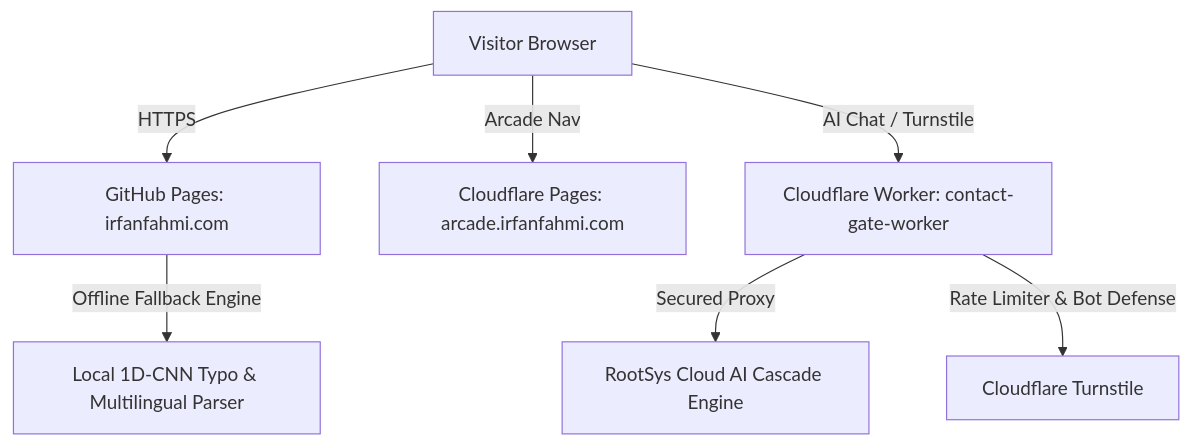
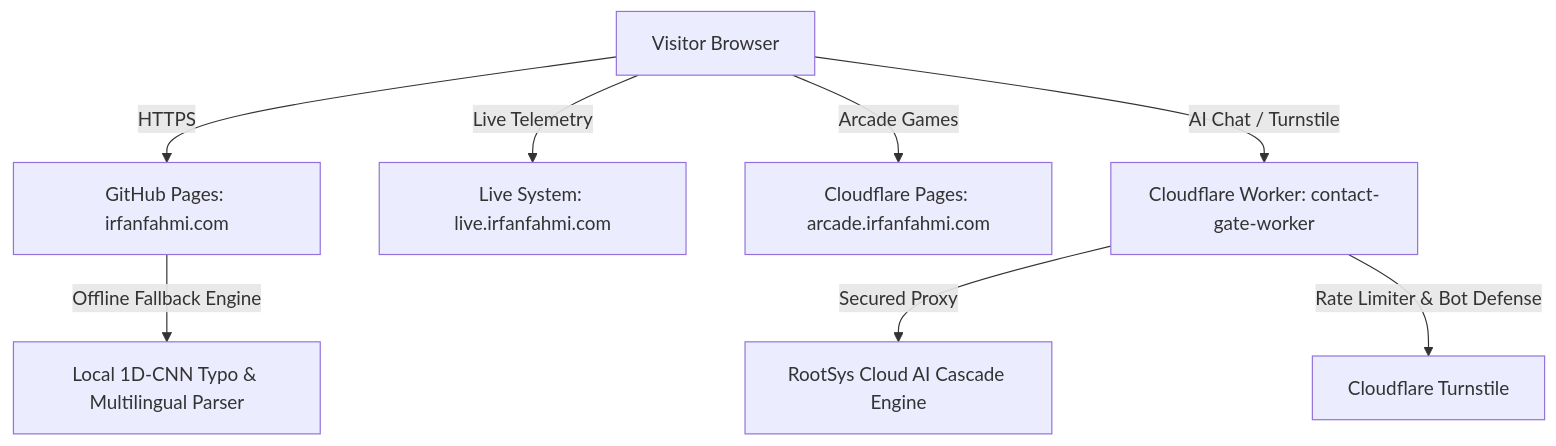
The diagram in README.md (l3al3y/Portfolio), drawn with Mermaid before and after one commit. The commit also changed other lines of this file and 2 other files, not shown here.

Commit message:
feat: integrate live.irfanfahmi.com across hero CTA, project links, AI prompt and README

````diff
--- a/README.md
+++ b/README.md
@@ -87,9 +90,10 @@
 ```mermaid
 graph TD
     A[Visitor Browser] -->|HTTPS| B[GitHub Pages: irfanfahmi.com]
-    A -->|Arcade Nav| C[Cloudflare Pages: arcade.irfanfahmi.com]
-    A -->|AI Chat / Turnstile| D[Cloudflare Worker: contact-gate-worker]
-    D -->|Secured Proxy| E[RootSys Cloud AI Cascade Engine]
-    D -->|Rate Limiter & Bot Defense| F[Cloudflare Turnstile]
-    B -->|Offline Fallback Engine| G[Local 1D-CNN Typo & Multilingual Parser]
+    A -->|Live Telemetry| C[Live System: live.irfanfahmi.com]
+    A -->|Arcade Games| D[Cloudflare Pages: arcade.irfanfahmi.com]
+    A -->|AI Chat / Turnstile| E[Cloudflare Worker: contact-gate-worker]
+    E -->|Secured Proxy| F[RootSys Cloud AI Cascade Engine]
+    E -->|Rate Limiter & Bot Defense| G[Cloudflare Turnstile]
+    B -->|Offline Fallback Engine| H[Local 1D-CNN Typo & Multilingual Parser]
 ```
````
